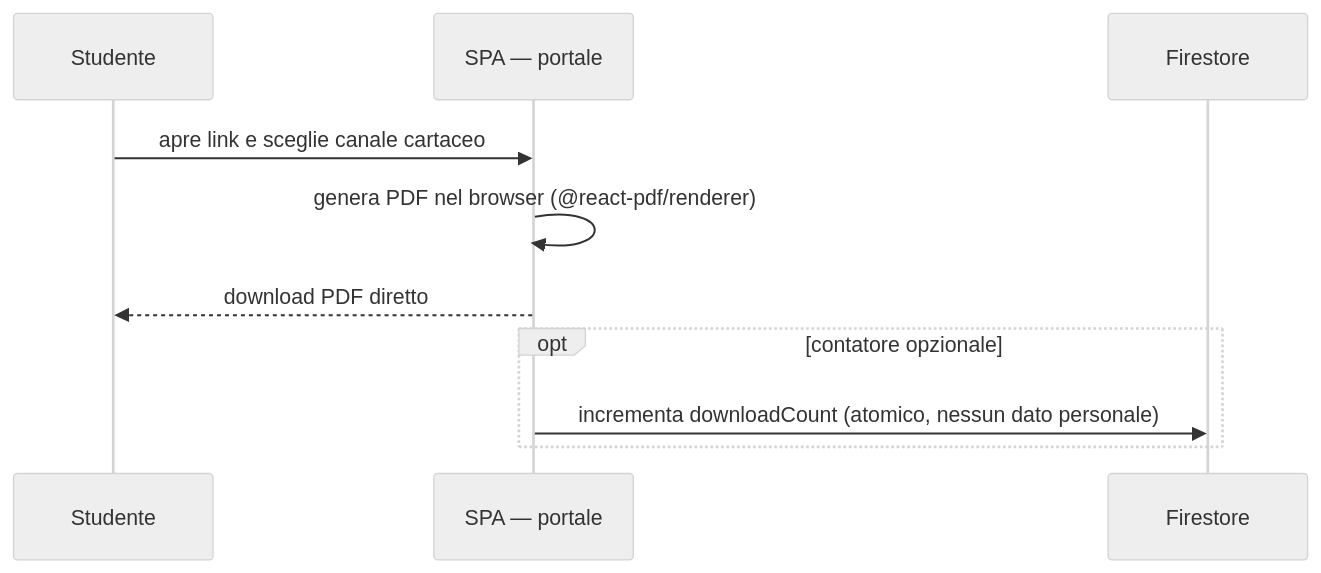
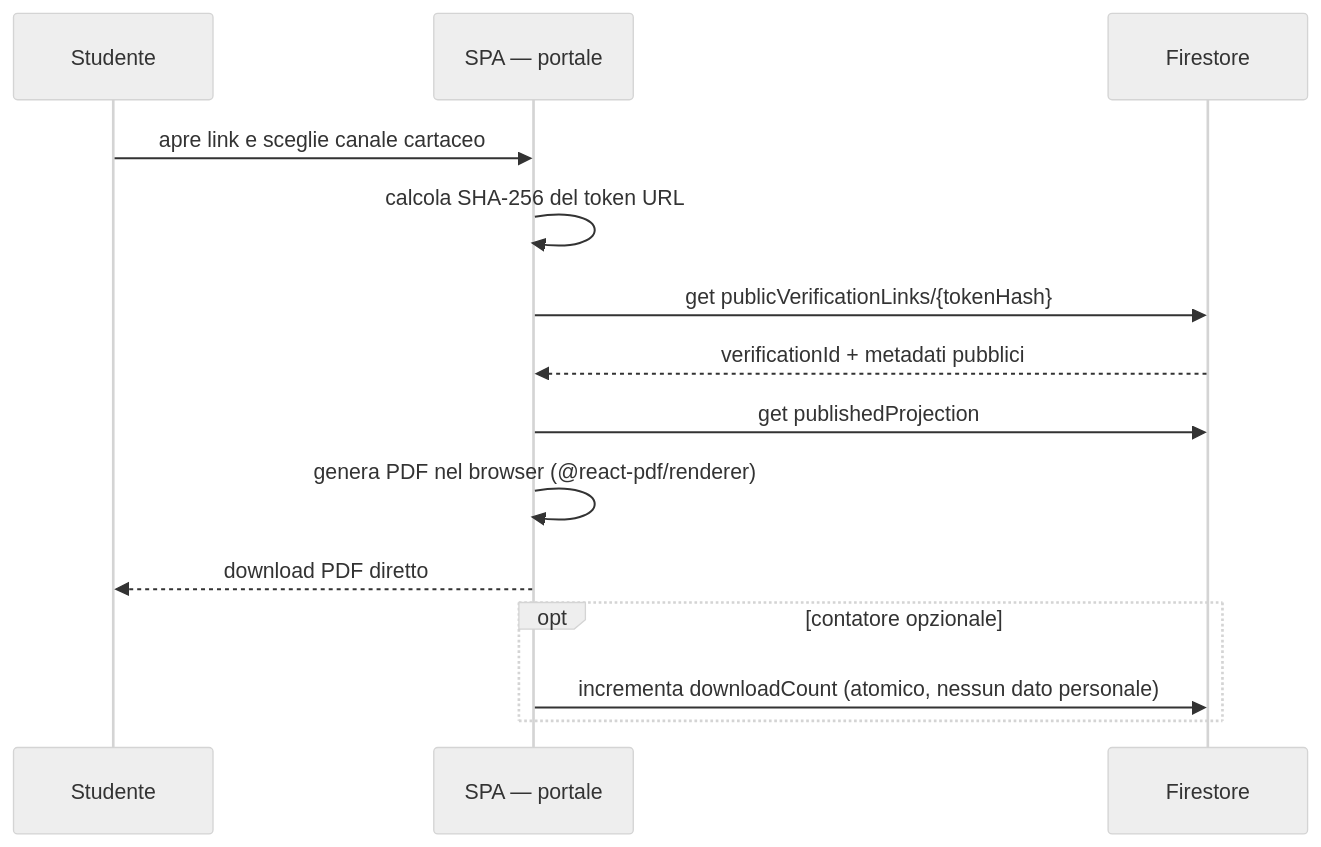
The second of 3 diagrams in documentazione/architettura.md (EnricoPaparo/SchoolForge), drawn with Mermaid (neutral theme) before and after one commit. The commit also changed other lines of this file and 15 other files, not shown here.

````diff
--- a/documentazione/architettura.md
+++ b/documentazione/architettura.md
@@ -253,13 +267,17 @@
 ```mermaid
 sequenceDiagram
     participant S as Studente
     participant SPA as SPA — portale
     participant F as Firestore
 
     S->>SPA: apre link e sceglie canale cartaceo
+    SPA->>SPA: calcola SHA-256 del token URL
+    SPA->>F: get publicVerificationLinks/{tokenHash}
+    F-->>SPA: verificationId + metadati pubblici
+    SPA->>F: get publishedProjection
     SPA->>SPA: genera PDF nel browser (@react-pdf/renderer)
     SPA-->>S: download PDF diretto
     opt contatore opzionale
         SPA->>F: incrementa downloadCount (atomico, nessun dato personale)
     end
 ```
````
